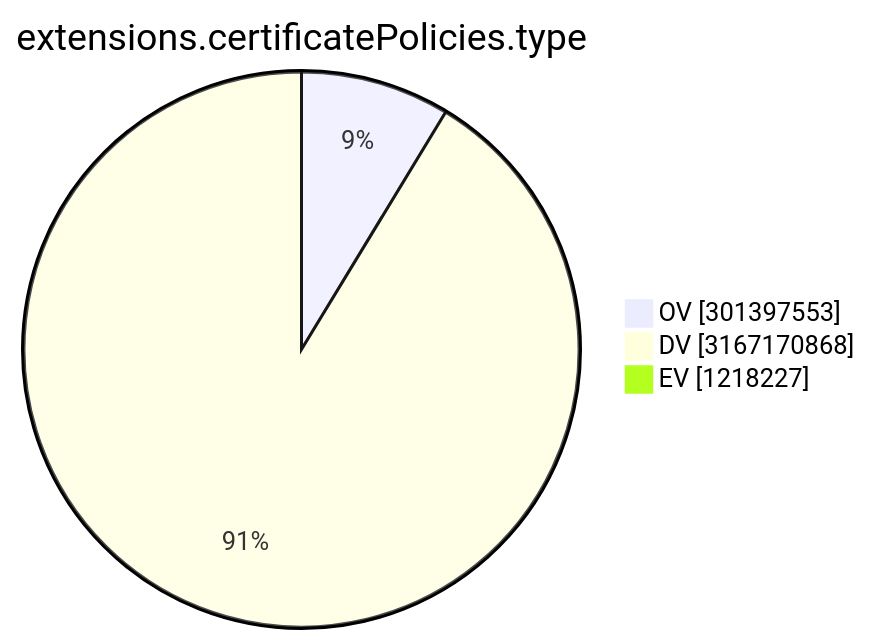
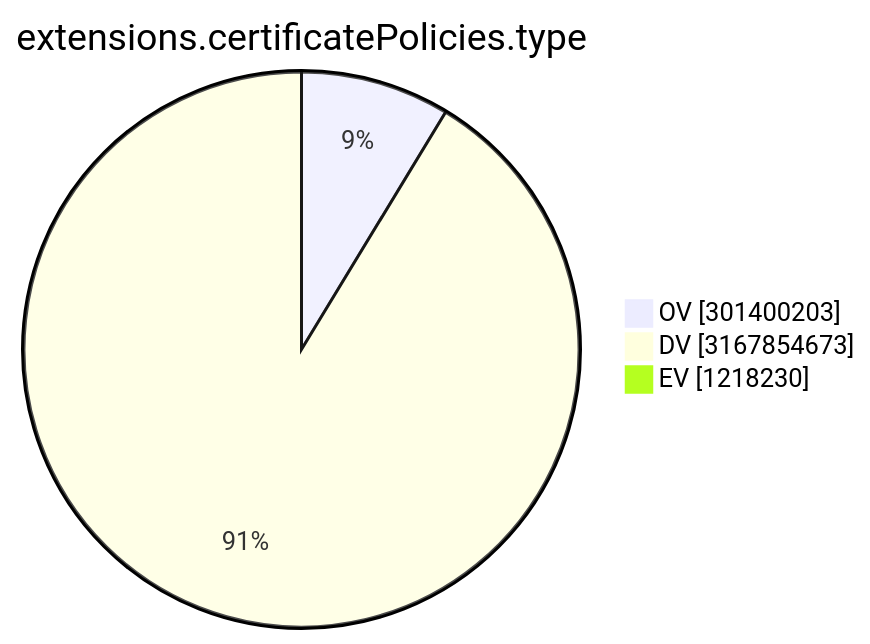
Before and after one commit to christiankrug/ctmonitor_visualization: the ninth of 15 diagrams in TOTAL/README.md, drawn with Mermaid. The commit also changed other lines of this file, not shown here.

````diff
--- a/TOTAL/README.md
+++ b/TOTAL/README.md
@@ -3105,7 +3105,7 @@
 ```mermaid
 pie showData
 title extensions.certificatePolicies.type
-"OV" :301397553
-"DV" :3167170868
-"EV" :1218227
+"OV" :301400203
+"DV" :3167854673
+"EV" :1218230
 ```
````
